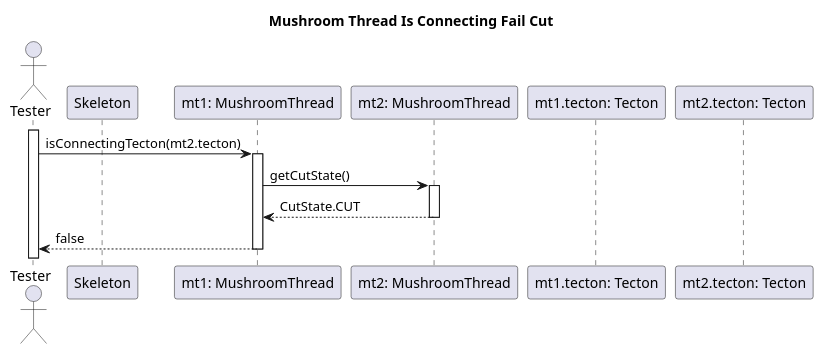
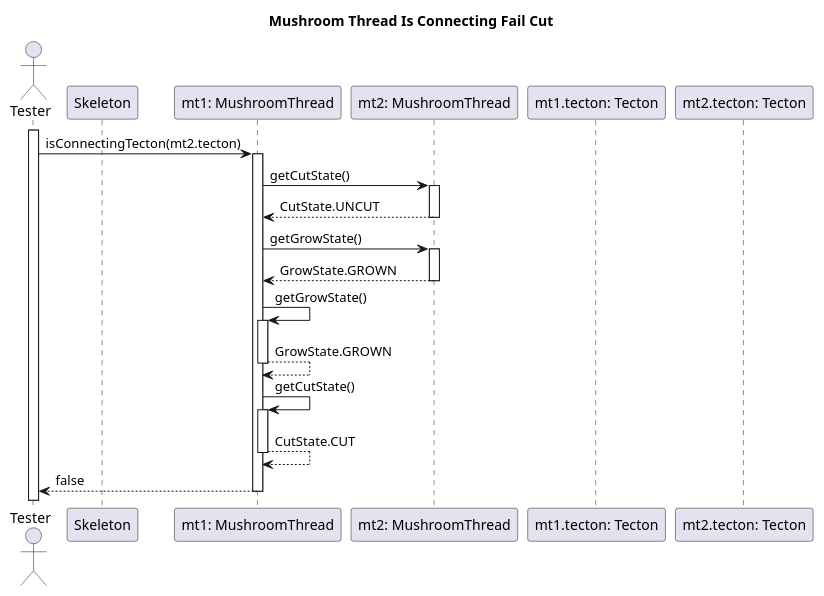
The diagram in diagrams/test-sequence/mushroom/connectingTectonFailCut.wsd (dzsem/projlab), drawn with PlantUML before and after one commit. The commit also changed 1 other file, not shown here.

Commit message:
Fixed connectingTectonFailCut #2

```diff
--- a/diagrams/test-sequence/mushroom/connectingTectonFailCut.wsd
+++ b/diagrams/test-sequence/mushroom/connectingTectonFailCut.wsd
@@ -1,28 +1,43 @@
 @startuml Mushroom Thread Is Traversible Fail Cut
 
 title Mushroom Thread Is Connecting Fail Cut
 
 actor "Tester" as tester
 participant "Skeleton" as skeleton
-
 
 participant "mt1: MushroomThread" as mt1
 participant "mt2: MushroomThread" as mt2
 
 participant "mt1.tecton: Tecton" as t1
 participant "mt2.tecton: Tecton" as t2
 
 activate tester
 
 tester -> mt1: isConnectingTecton(mt2.tecton)
 activate mt1
 
 mt1 -> mt2: getCutState()
 activate mt2
-mt2 --> mt1: CutState.CUT
+mt2 --> mt1: CutState.UNCUT
 deactivate mt2
+
+mt1 -> mt2: getGrowState()
+activate mt2
+mt2 --> mt1: GrowState.GROWN
+deactivate mt2
+
+mt1 -> mt1: getGrowState()
+activate mt1
+mt1 --> mt1: GrowState.GROWN
+deactivate mt1
+
+
+mt1 -> mt1: getCutState()
+activate mt1
+mt1 --> mt1: CutState.CUT
+deactivate mt1
 
 mt1 --> tester: false
 deactivate mt1
 
 @enduml
```
